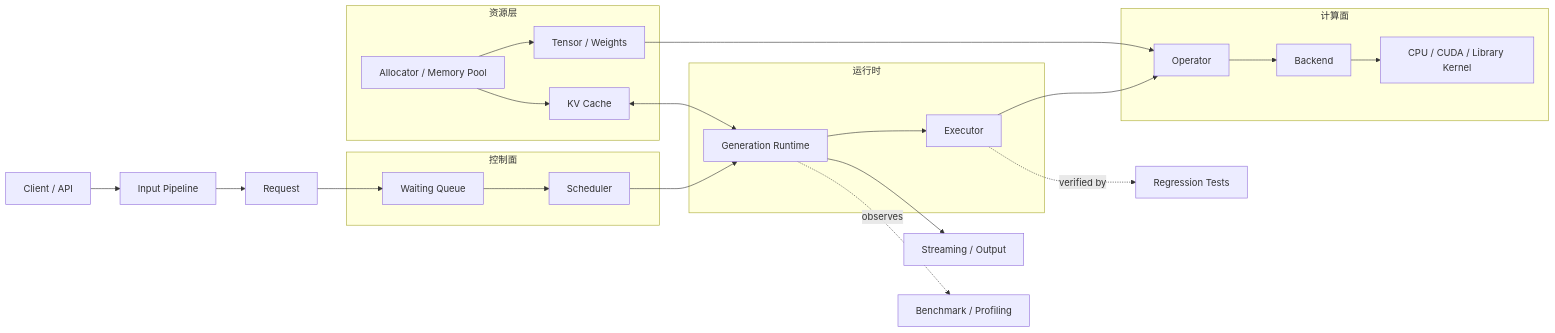
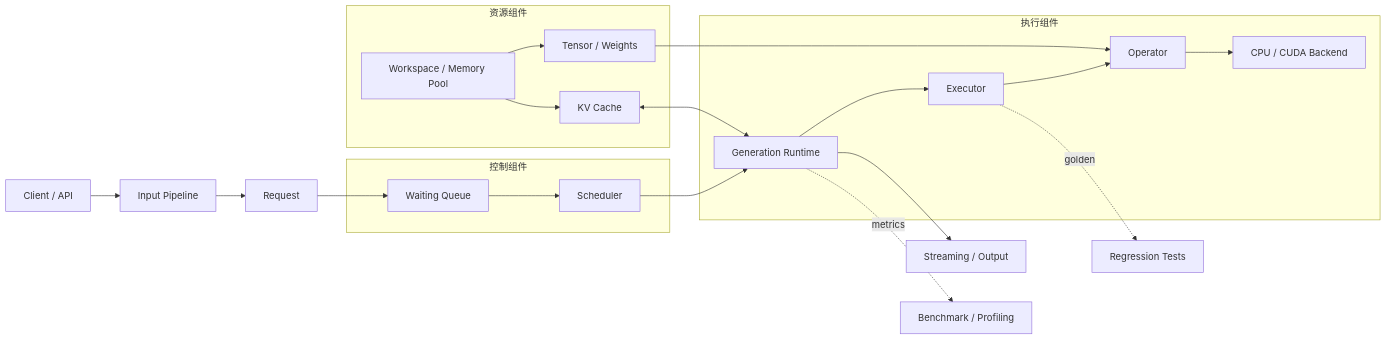
The diagram in source/reference/inference_engine_systems.md (lynnyulinlin-debug/cpp-llm-engine), drawn with Mermaid before and after one commit. The commit also changed other lines of this file and 19 other files, not shown here.

````diff
--- a/source/reference/inference_engine_systems.md
+++ b/source/reference/inference_engine_systems.md
@@ -121,38 +76,34 @@
 ```mermaid
 flowchart LR
     Client[Client / API] --> Input[Input Pipeline]
     Input --> Request[Request]
 
-    subgraph Control[控制面]
+    subgraph Control[控制组件]
         Queue[Waiting Queue]
         Scheduler[Scheduler]
     end
 
-    subgraph RuntimeLayer[运行时]
+    subgraph RuntimeLayer[执行组件]
         Runtime[Generation Runtime]
         Executor[Executor]
+        Operator[Operator]
+        Backend[CPU / CUDA Backend]
     end
 
-    subgraph Compute[计算面]
-        Operator[Operator]
-        Backend[Backend]
-        Kernel[CPU / CUDA / Library Kernel]
-    end
-
-    subgraph Resources[资源层]
+    subgraph Resources[资源组件]
         Tensor[Tensor / Weights]
         Cache[KV Cache]
-        Memory[Allocator / Memory Pool]
+        Memory[Workspace / Memory Pool]
     end
 
     Request --> Queue --> Scheduler --> Runtime
-    Runtime --> Executor --> Operator --> Backend --> Kernel
+    Runtime --> Executor --> Operator --> Backend
     Tensor --> Operator
     Memory --> Tensor
     Memory --> Cache
     Cache <--> Runtime
     Runtime --> Output[Streaming / Output]
 
-    Runtime -. observes .-> Trace[Benchmark / Profiling]
-    Executor -. verified by .-> Tests[Regression Tests]
+    Runtime -. metrics .-> Observe[Benchmark / Profiling]
+    Executor -. golden .-> Tests[Regression Tests]
 ```
````
